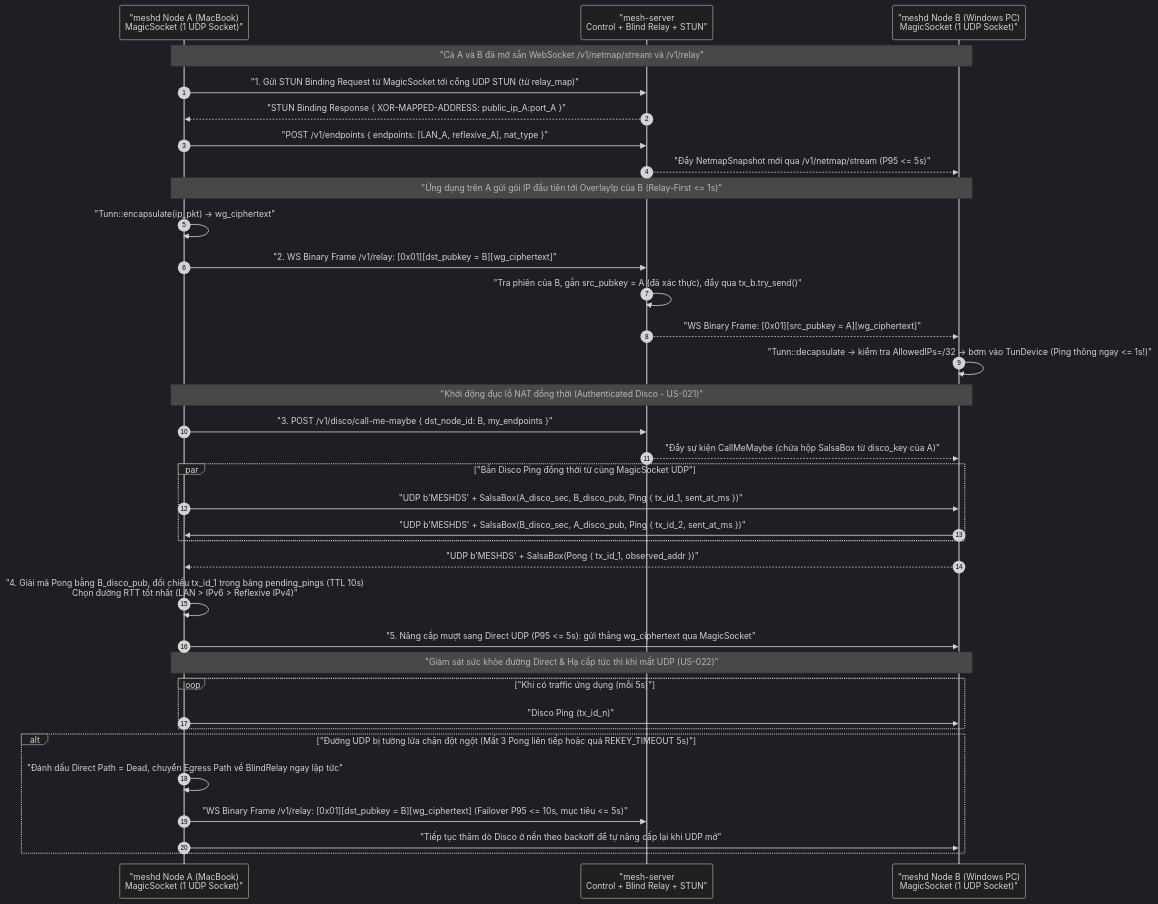
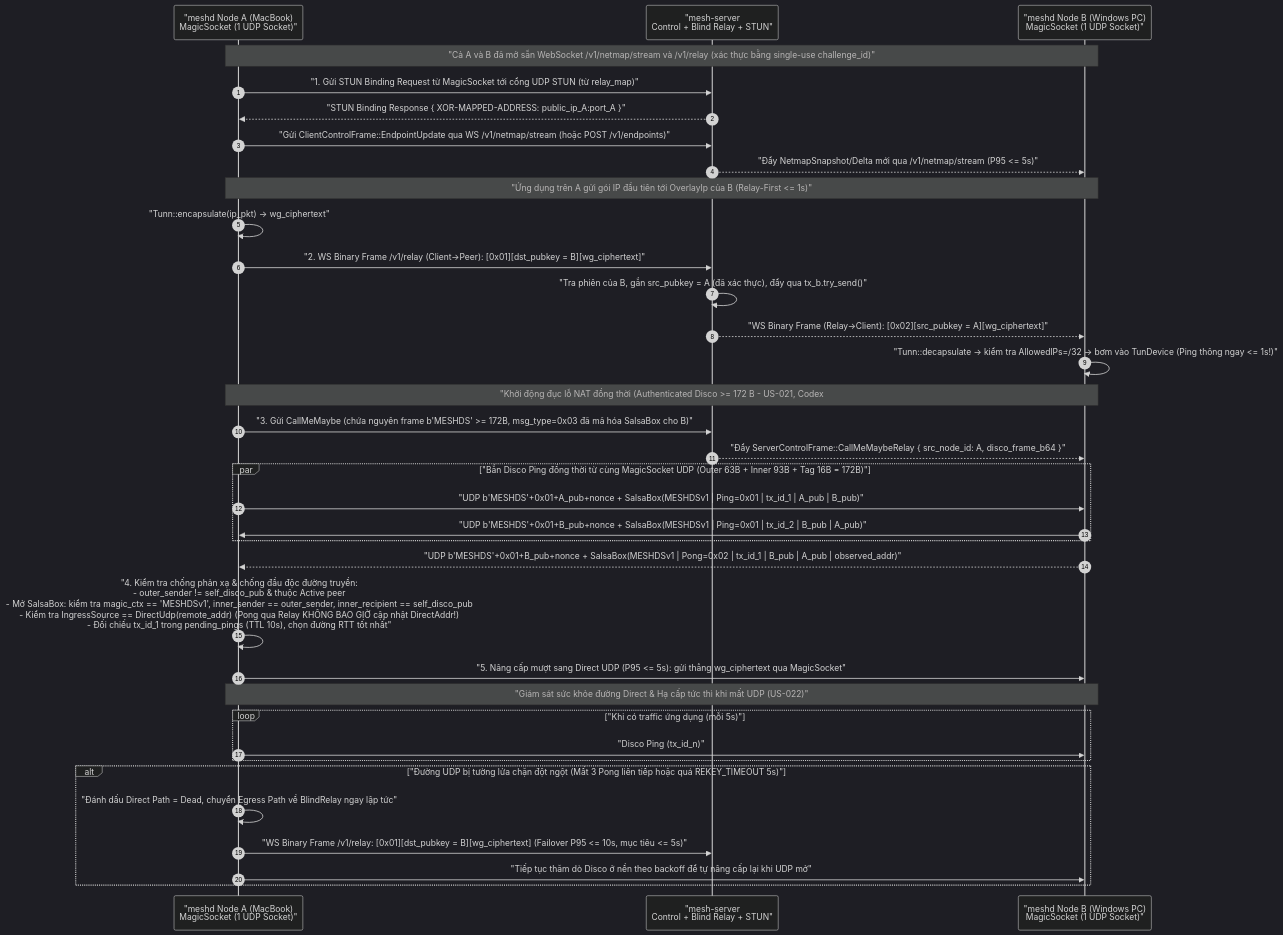
The fifth of 11 diagrams in docs/03-system-design/system-architecture.md (nguyenvando420-spec/mesh-vpn), drawn with Mermaid (dark theme) before and after one commit. The commit also changed other lines of this file and 14 other files, not shown here.

````diff
--- a/docs/03-system-design/system-architecture.md
+++ b/docs/03-system-design/system-architecture.md
@@ -288,41 +294,41 @@
 ```mermaid
 sequenceDiagram
     autonumber
     participant NodeA as "meshd Node A (MacBook)<br/>MagicSocket (1 UDP Socket)"
     participant Relay as "mesh-server<br/>Control + Blind Relay + STUN"
     participant NodeB as "meshd Node B (Windows PC)<br/>MagicSocket (1 UDP Socket)"
 
-    Note over NodeA,NodeB: "Cả A và B đã mở sẵn WebSocket /v1/netmap/stream và /v1/relay"
+    Note over NodeA,NodeB: "Cả A và B đã mở sẵn WebSocket /v1/netmap/stream và /v1/relay (xác thực bằng single-use challenge_id)"
     NodeA->>Relay: "1. Gửi STUN Binding Request từ MagicSocket tới cổng UDP STUN (từ relay_map)"
     Relay-->>NodeA: "STUN Binding Response { XOR-MAPPED-ADDRESS: public_ip_A:port_A }"
-    NodeA->>Relay: "POST /v1/endpoints { endpoints: [LAN_A, reflexive_A], nat_type }"
-    Relay-->>NodeB: "Đẩy NetmapSnapshot mới qua /v1/netmap/stream (P95 <= 5s)"
+    NodeA->>Relay: "Gửi ClientControlFrame::EndpointUpdate qua WS /v1/netmap/stream (hoặc POST /v1/endpoints)"
+    Relay-->>NodeB: "Đẩy NetmapSnapshot/Delta mới qua /v1/netmap/stream (P95 <= 5s)"
 
     Note over NodeA,NodeB: "Ứng dụng trên A gửi gói IP đầu tiên tới OverlayIp của B (Relay-First <= 1s)"
     NodeA->>NodeA: "Tunn::encapsulate(ip_pkt) -> wg_ciphertext"
-    NodeA->>Relay: "2. WS Binary Frame /v1/relay: [0x01][dst_pubkey = B][wg_ciphertext]"
+    NodeA->>Relay: "2. WS Binary Frame /v1/relay (Client->Peer): [0x01][dst_pubkey = B][wg_ciphertext]"
     Relay->>Relay: "Tra phiên của B, gắn src_pubkey = A (đã xác thực), đẩy qua tx_b.try_send()"
-    Relay-->>NodeB: "WS Binary Frame: [0x01][src_pubkey = A][wg_ciphertext]"
+    Relay-->>NodeB: "WS Binary Frame (Relay->Client): [0x02][src_pubkey = A][wg_ciphertext]"
     NodeB->>NodeB: "Tunn::decapsulate -> kiểm tra AllowedIPs=/32 -> bơm vào TunDevice (Ping thông ngay <= 1s!)"
 
-    Note over NodeA,NodeB: "Khởi động đục lỗ NAT đồng thời (Authenticated Disco - US-021)"
-    NodeA->>Relay: "3. POST /v1/disco/call-me-maybe { dst_node_id: B, my_endpoints }"
-    Relay-->>NodeB: "Đẩy sự kiện CallMeMaybe (chứa hộp SalsaBox từ disco_key của A)"
-    par "Bắn Disco Ping đồng thời từ cùng MagicSocket UDP"
-        NodeA->>NodeB: "UDP b'MESHDS' + SalsaBox(A_disco_sec, B_disco_pub, Ping { tx_id_1, sent_at_ms })"
-        NodeB->>NodeA: "UDP b'MESHDS' + SalsaBox(B_disco_sec, A_disco_pub, Ping { tx_id_2, sent_at_ms })"
+    Note over NodeA,NodeB: "Khởi động đục lỗ NAT đồng thời (Authenticated Disco >= 172 B - US-021, Codex #2, HR-G2-04)"
+    NodeA->>Relay: "3. Gửi CallMeMaybe (chứa nguyên frame b'MESHDS' >= 172B, msg_type=0x03 đã mã hóa SalsaBox cho B)"
+    Relay-->>NodeB: "Đẩy ServerControlFrame::CallMeMaybeRelay { src_node_id: A, disco_frame_b64 }"
+    par "Bắn Disco Ping đồng thời từ cùng MagicSocket UDP (Outer 63B + Inner 93B + Tag 16B = 172B)"
+        NodeA->>NodeB: "UDP b'MESHDS'+0x01+A_pub+nonce + SalsaBox(MESHDSv1 | Ping=0x01 | tx_id_1 | A_pub | B_pub)"
+        NodeB->>NodeA: "UDP b'MESHDS'+0x01+B_pub+nonce + SalsaBox(MESHDSv1 | Ping=0x01 | tx_id_2 | B_pub | A_pub)"
     end
-    NodeB-->>NodeA: "UDP b'MESHDS' + SalsaBox(Pong { tx_id_1, observed_addr })"
-    NodeA->>NodeA: "4. Giải mã Pong bằng B_disco_pub, đối chiếu tx_id_1 trong bảng pending_pings (TTL 10s)<br/>Chọn đường RTT tốt nhất (LAN > IPv6 > Reflexive IPv4)"
+    NodeB-->>NodeA: "UDP b'MESHDS'+0x01+B_pub+nonce + SalsaBox(MESHDSv1 | Pong=0x02 | tx_id_1 | B_pub | A_pub | observed_addr)"
+    NodeA->>NodeA: "4. Kiểm tra chống phản xạ & chống đầu độc đường truyền:<br/>- outer_sender != self_disco_pub & thuộc Active peer<br/>- Mở SalsaBox: kiểm tra magic_ctx == 'MESHDSv1', inner_sender == outer_sender, inner_recipient == self_disco_pub<br/>- Kiểm tra IngressSource == DirectUdp(remote_addr) (Pong qua Relay KHÔNG BAO GIỜ cập nhật DirectAddr!)<br/>- Đối chiếu tx_id_1 trong pending_pings (TTL 10s), chọn đường RTT tốt nhất"
     NodeA->>NodeB: "5. Nâng cấp mượt sang Direct UDP (P95 <= 5s): gửi thẳng wg_ciphertext qua MagicSocket"
 
     Note over NodeA,NodeB: "Giám sát sức khỏe đường Direct & Hạ cấp tức thì khi mất UDP (US-022)"
     loop "Khi có traffic ứng dụng (mỗi 5s)"
         NodeA->>NodeB: "Disco Ping (tx_id_n)"
     end
     alt "Đường UDP bị tường lửa chặn đột ngột (Mất 3 Pong liên tiếp hoặc quá REKEY_TIMEOUT 5s)"
         NodeA->>NodeA: "Đánh dấu Direct Path = Dead, chuyển Egress Path về BlindRelay ngay lập tức"
         NodeA->>Relay: "WS Binary Frame /v1/relay: [0x01][dst_pubkey = B][wg_ciphertext] (Failover P95 <= 10s, mục tiêu <= 5s)"
         NodeA->>NodeB: "Tiếp tục thăm dò Disco ở nền theo backoff để tự nâng cấp lại khi UDP mở"
     end
 ```
````
